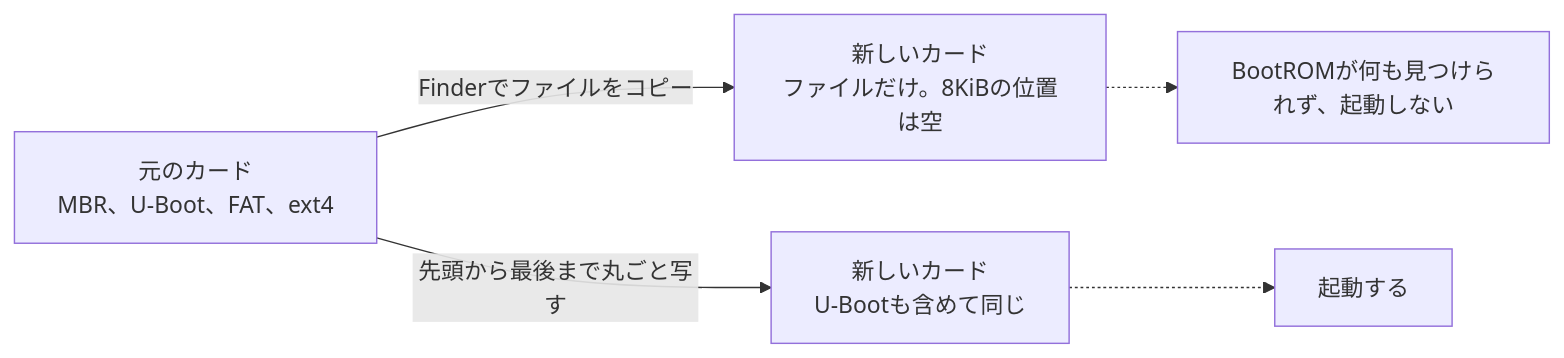
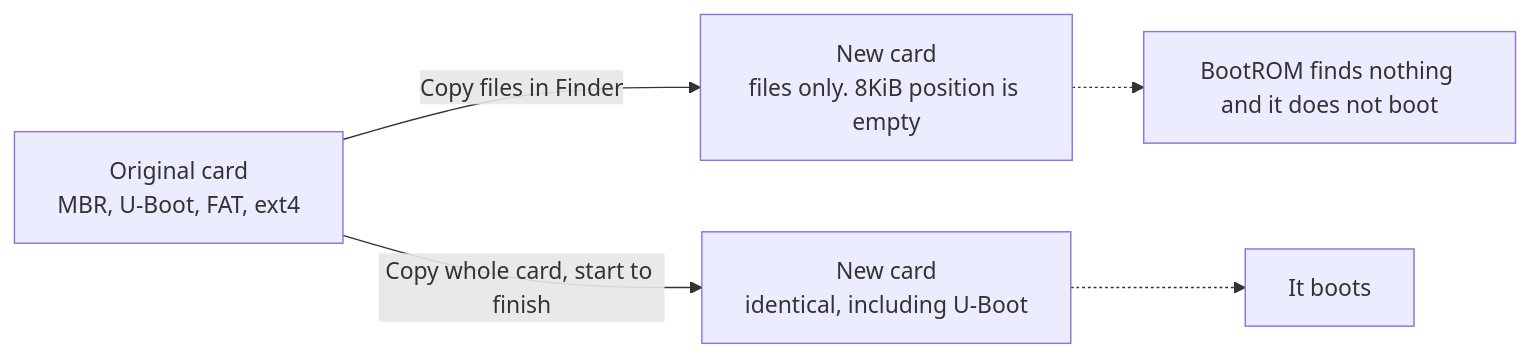
One commit to kiwamizamurai/gaming changed the second of 2 diagrams in articles/19-boot.md. Above: the diagram before and after it, drawn with Mermaid. The commit also changed other lines of this file and 46 other files, not shown here.

````diff
--- a/articles/19-boot.md
+++ b/articles/19-boot.md
@@ -75,7 +75,7 @@
 ```mermaid
 flowchart LR
-    A[元のカード<br>MBR、U-Boot、FAT、ext4] -->|Finderでファイルをコピー| B[新しいカード<br>ファイルだけ。8KiBの位置は空]
-    A -->|先頭から最後まで丸ごと写す| C[新しいカード<br>U-Bootも含めて同じ]
-    B -.-> X[BootROMが何も見つけられず、起動しない]
-    C -.-> Y[起動する]
+    A[Original card<br>MBR, U-Boot, FAT, ext4] -->|Copy files in Finder| B[New card<br>files only. 8KiB position is empty]
+    A -->|Copy whole card, start to finish| C[New card<br>identical, including U-Boot]
+    B -.-> X[BootROM finds nothing and it does not boot]
+    C -.-> Y[It boots]
 ```
````
